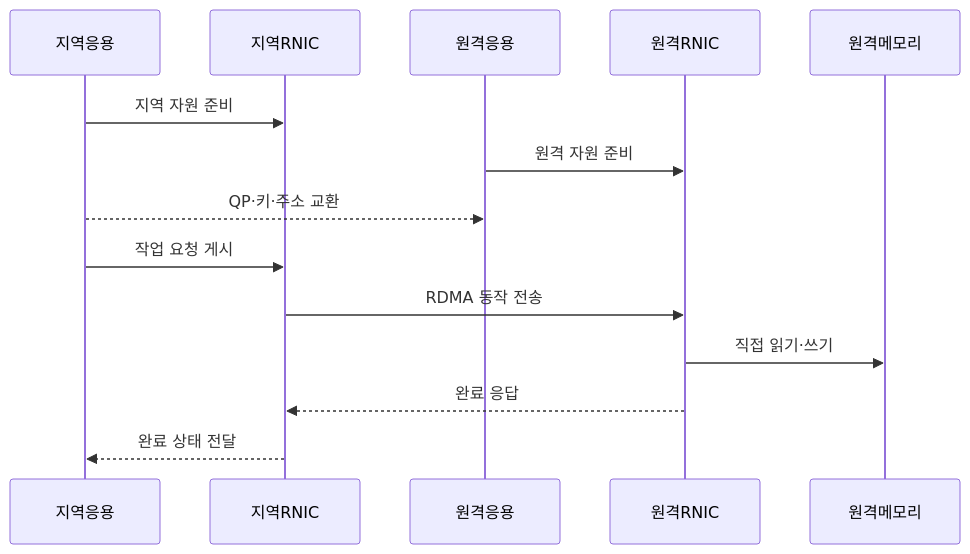
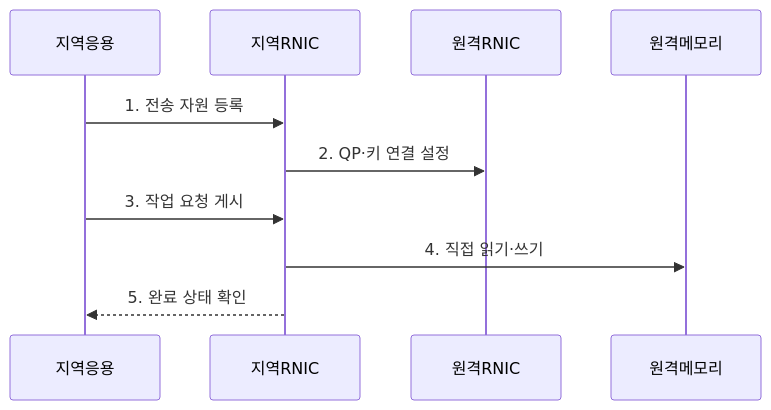
One commit to agnusdei1207/knowledge-base changed the second of 2 diagrams in src/content/docs/notes/04-network/102_rdma.md. Above: the diagram before and after it, drawn with Mermaid. The commit also changed other lines of this file and 21 other files, not shown here.

````diff
--- a/src/content/docs/notes/04-network/102_rdma.md
+++ b/src/content/docs/notes/04-network/102_rdma.md
@@ -82,16 +81,12 @@
 ```mermaid
 sequenceDiagram
     participant 지역응용
     participant 지역RNIC
-    participant 원격응용
     participant 원격RNIC
     participant 원격메모리
-    지역응용->>지역RNIC: 지역 자원 준비
-    원격응용->>원격RNIC: 원격 자원 준비
-    지역응용-->>원격응용: QP·키·주소 교환
-    지역응용->>지역RNIC: 작업 요청 게시
-    지역RNIC->>원격RNIC: RDMA 동작 전송
-    원격RNIC->>원격메모리: 직접 읽기·쓰기
-    원격RNIC-->>지역RNIC: 완료 응답
-    지역RNIC-->>지역응용: 완료 상태 전달
+    지역응용->>지역RNIC: 1. 전송 자원 등록
+    지역RNIC->>원격RNIC: 2. QP·키 연결 설정
+    지역응용->>지역RNIC: 3. 작업 요청 게시
+    지역RNIC->>원격메모리: 4. 직접 읽기·쓰기
+    지역RNIC-->>지역응용: 5. 완료 상태 확인
 ```
````
